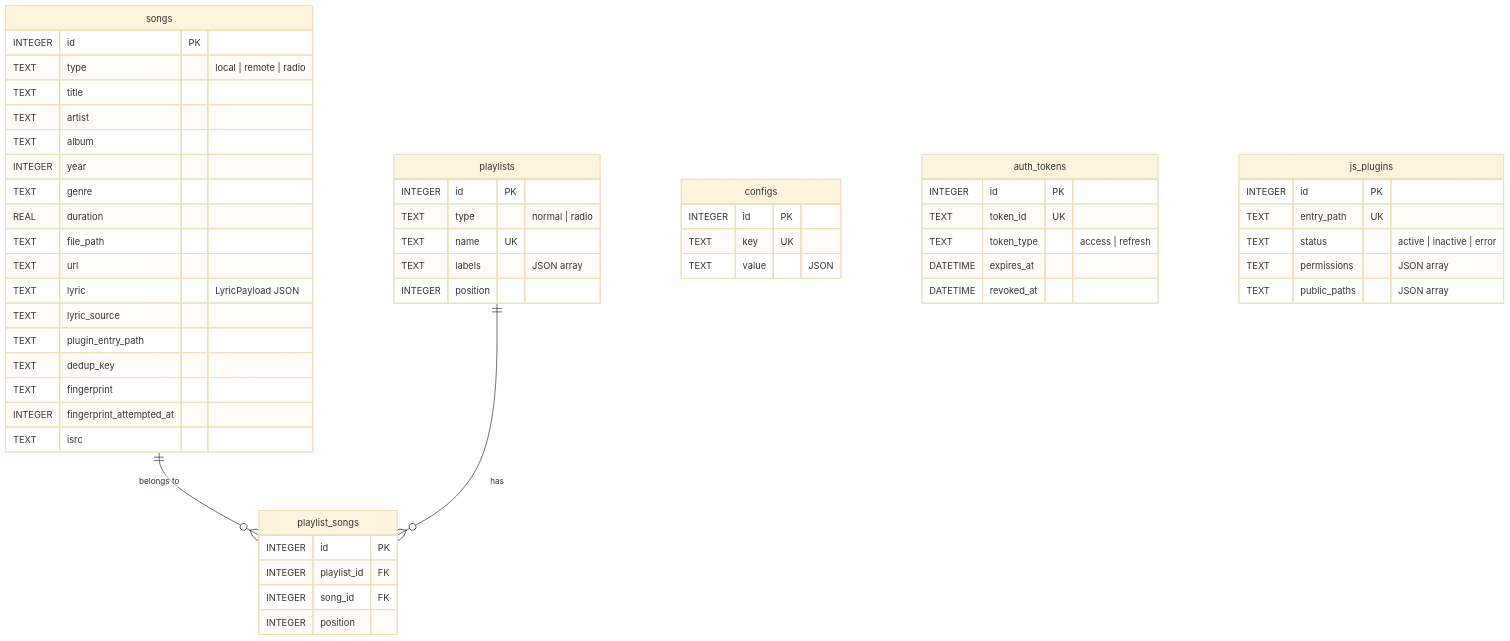
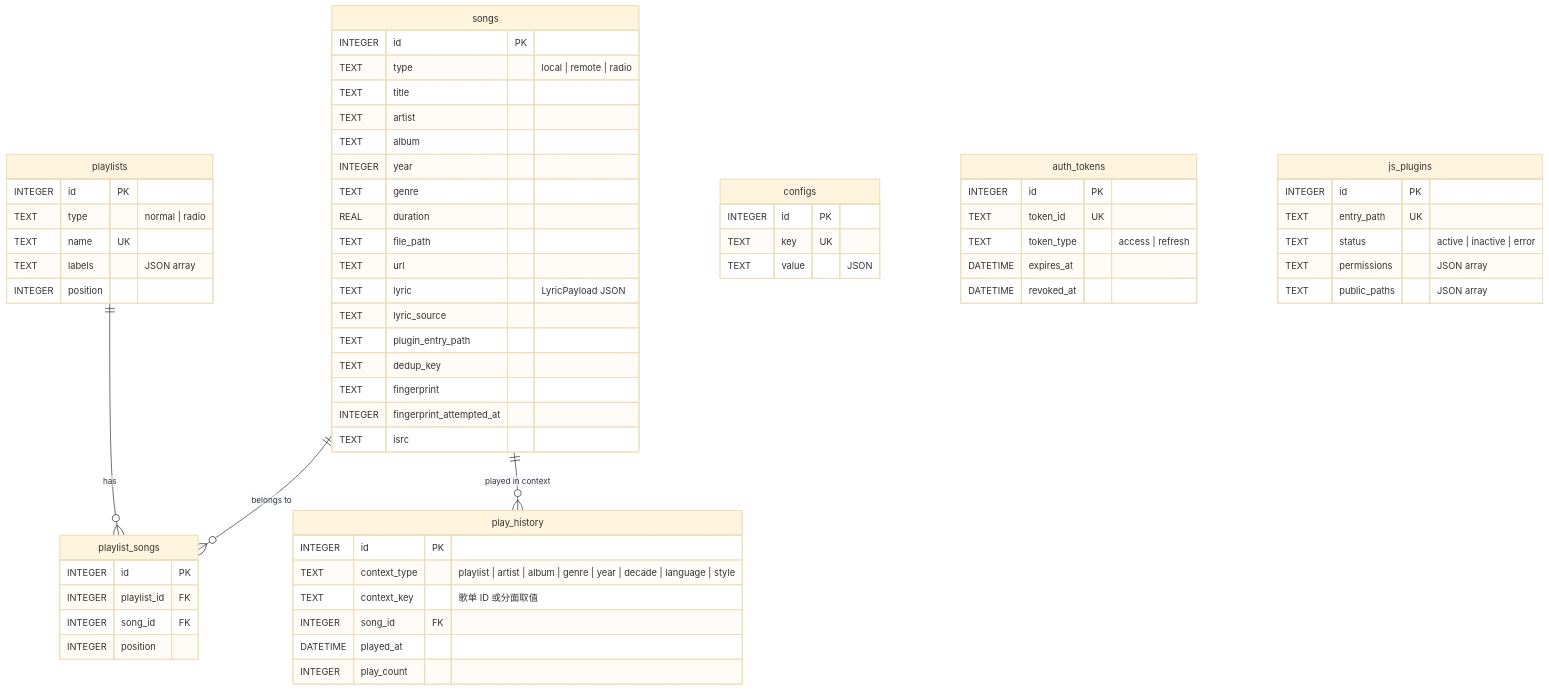
Before and after one commit to CrazyForks/songloft: the first of 2 diagrams in docs/repowiki/数据模型设计.md, drawn with Mermaid (base theme). The commit also changed other lines of this file and 38 other files, not shown here.

First line of the commit message:
feat(play-history): 新增按播放上下文的播放历史（歌单/歌手/专辑等）

````diff
--- a/docs/repowiki/数据模型设计.md
+++ b/docs/repowiki/数据模型设计.md
@@ -48,57 +48,66 @@
 ```mermaid
 erDiagram
     songs ||--o{ playlist_songs : "belongs to"
     playlists ||--o{ playlist_songs : "has"
+    songs ||--o{ play_history : "played in context"
 
     songs {
         INTEGER id PK
         TEXT type "local | remote | radio"
         TEXT title
         TEXT artist
         TEXT album
         INTEGER year
         TEXT genre
         REAL duration
         TEXT file_path
         TEXT url
         TEXT lyric "LyricPayload JSON"
         TEXT lyric_source
         TEXT plugin_entry_path
         TEXT dedup_key
         TEXT fingerprint
         INTEGER fingerprint_attempted_at
         TEXT isrc
     }
     playlists {
         INTEGER id PK
         TEXT type "normal | radio"
         TEXT name UK
         TEXT labels "JSON array"
         INTEGER position
     }
     playlist_songs {
         INTEGER id PK
         INTEGER playlist_id FK
         INTEGER song_id FK
         INTEGER position
     }
     configs {
         INTEGER id PK
         TEXT key UK
         TEXT value "JSON"
     }
     auth_tokens {
         INTEGER id PK
         TEXT token_id UK
         TEXT token_type "access | refresh"
         DATETIME expires_at
         DATETIME revoked_at
     }
     js_plugins {
         INTEGER id PK
         TEXT entry_path UK
         TEXT status "active | inactive | error"
         TEXT permissions "JSON array"
         TEXT public_paths "JSON array"
     }
+    play_history {
+        INTEGER id PK
+        TEXT context_type "playlist | artist | album | genre | year | decade | language | style"
+        TEXT context_key "歌单 ID 或分面取值"
+        INTEGER song_id FK
+        DATETIME played_at
+        INTEGER play_count
+    }
 ```
````
